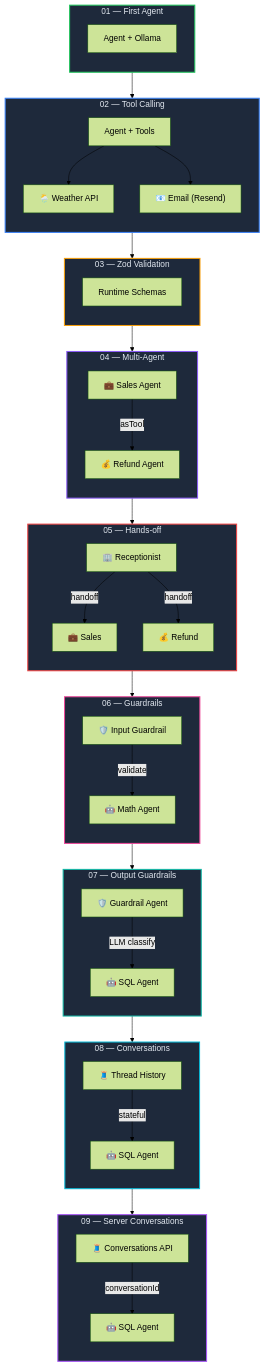
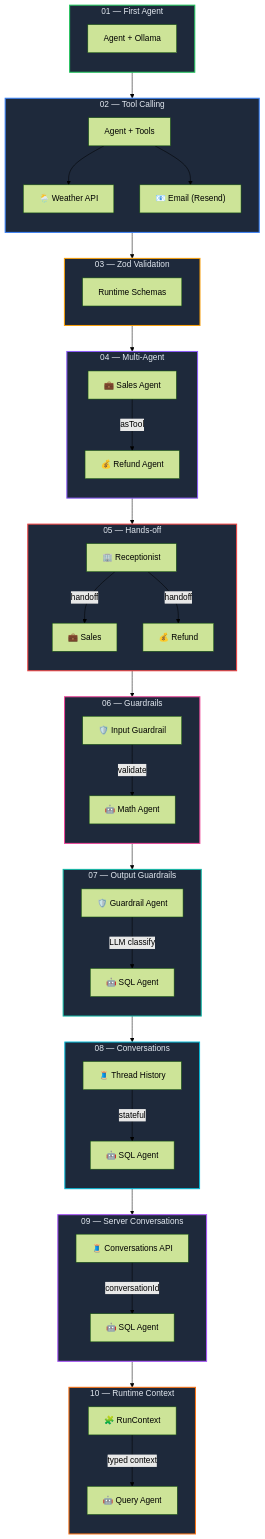
Before and after one commit to SanidhyaGupta-10/GenerativeAI-MasterClass-with-JS-TS: the second of 2 diagrams in 2. Advance-GenAI/12. OpenAI-Agent-SDK-Series/README.md, drawn with Mermaid (forest theme). The commit also changed other lines of this file, not shown here.

Commit message:
docs: add comprehensive README for the 10-part OpenAI Agent SDK learning series

````diff
--- a/2. Advance-GenAI/12. OpenAI-Agent-SDK-Series/README.md
+++ b/2. Advance-GenAI/12. OpenAI-Agent-SDK-Series/README.md
@@ -370,7 +400,14 @@
         C9C -->|conversationId| C9A
     end
 
-    CH01 --> CH02 --> CH03 --> CH04 --> CH05 --> CH06 --> CH07 --> CH08 --> CH09
+    subgraph CH10["10 — Runtime Context"]
+        direction TB
+        C10C["🧩 RunContext"]
+        C10A["🤖 Query Agent"]
+        C10C -->|typed context| C10A
+    end
+
+    CH01 --> CH02 --> CH03 --> CH04 --> CH05 --> CH06 --> CH07 --> CH08 --> CH09 --> CH10
 
     style CH01 fill:#1e293b,stroke:#22c55e,stroke-width:2px,color:#e2e8f0
     style CH02 fill:#1e293b,stroke:#3b82f6,stroke-width:2px,color:#e2e8f0
@@ -381,4 +418,5 @@
     style CH07 fill:#1e293b,stroke:#14b8a6,stroke-width:2px,color:#e2e8f0
     style CH08 fill:#1e293b,stroke:#06b6d4,stroke-width:2px,color:#e2e8f0
     style CH09 fill:#1e293b,stroke:#a855f7,stroke-width:2px,color:#e2e8f0
+    style CH10 fill:#1e293b,stroke:#f97316,stroke-width:2px,color:#e2e8f0
 ```
````
